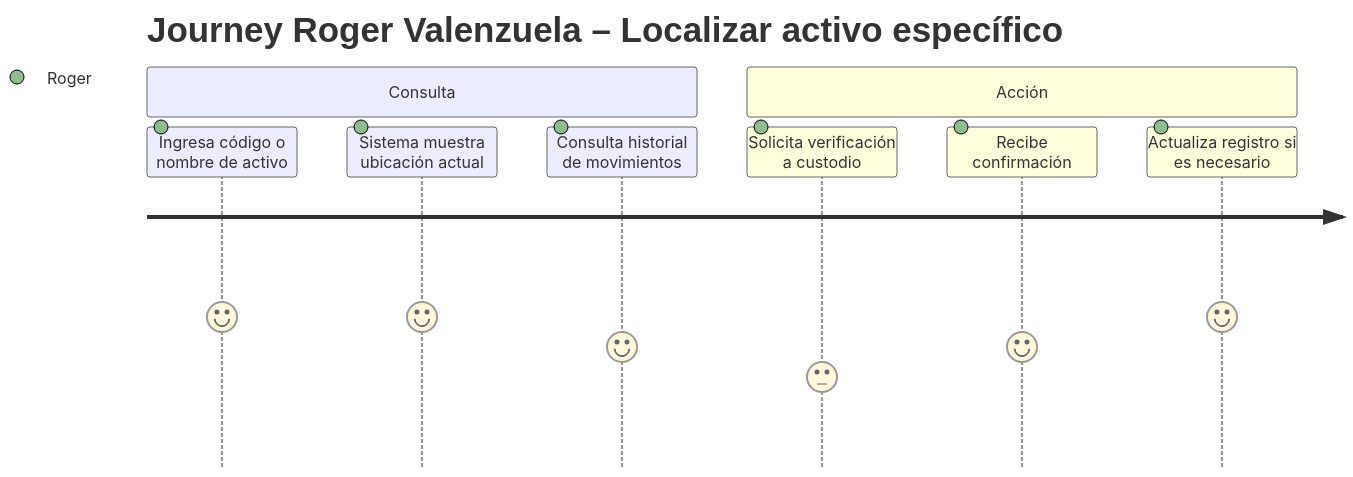
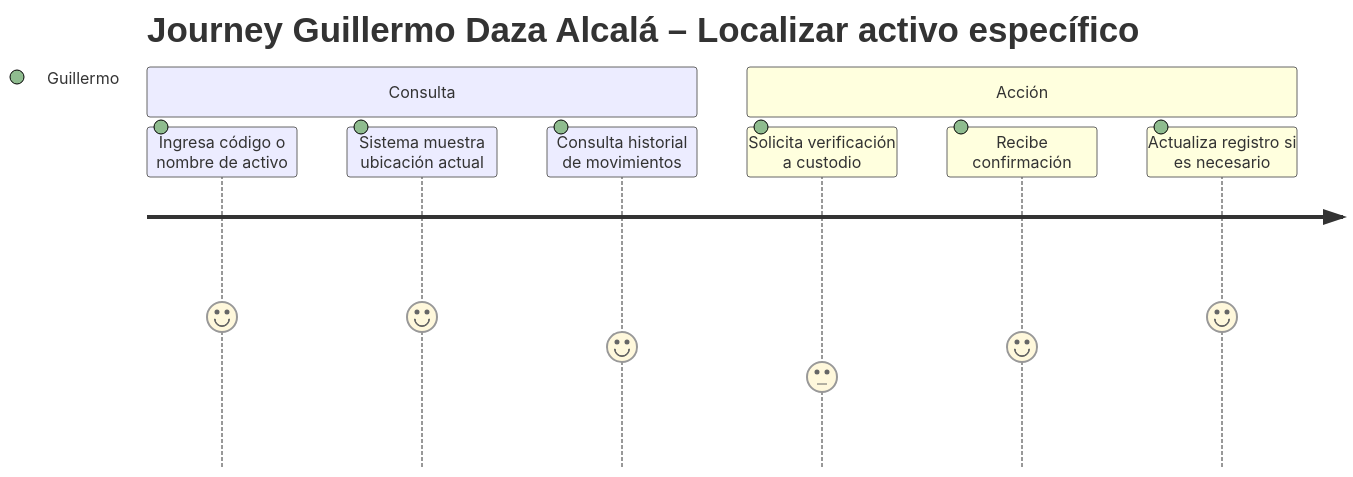
The diagram in docs/diagrams/journey_localizar_activo.mmd (ActFijos/Activa360), drawn with Mermaid before and after one commit. The commit also changed 7 other files, not shown here.

Commit message:
feat: agrega entregables academicos, roadmap.md, aportes individuales oficiales y carpetas vFinal

```diff
--- a/docs/diagrams/journey_localizar_activo.mmd
+++ b/docs/diagrams/journey_localizar_activo.mmd
@@ -1,13 +1,13 @@
-%% User Journey 2 - Roger Valenzuela (Jefe de Activos) - Activa360
+%% User Journey 2 - Guillermo Daza Alcalá (Jefe de Activos) - Activa360
 journey
-  title Journey Roger Valenzuela – Localizar activo específico
+  title Journey Guillermo Daza Alcalá – Localizar activo específico
 
   section Consulta
-    Ingresa código o nombre de activo: 5: Roger
-    Sistema muestra ubicación actual: 5: Roger
-    Consulta historial de movimientos: 4: Roger
+    Ingresa código o nombre de activo: 5: Guillermo
+    Sistema muestra ubicación actual: 5: Guillermo
+    Consulta historial de movimientos: 4: Guillermo
 
   section Acción
-    Solicita verificación a custodio: 3: Roger
-    Recibe confirmación: 4: Roger
-    Actualiza registro si es necesario: 5: Roger
+    Solicita verificación a custodio: 3: Guillermo
+    Recibe confirmación: 4: Guillermo
+    Actualiza registro si es necesario: 5: Guillermo
```
